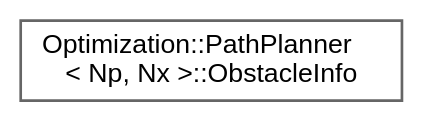
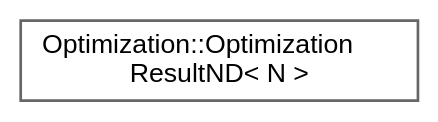
The diagram in inherit_graph_49.dot (jswoo0615/Algorithms_for_Optimization_cpp), drawn with Graphviz before and after one commit. The commit also changed 134 other files, not shown here.

```diff
--- a/inherit_graph_49.dot
+++ b/inherit_graph_49.dot
@@ -1,9 +1,9 @@
 digraph "Graphical Class Hierarchy"
 {
  // LATEX_PDF_SIZE
   bgcolor="transparent";
   edge [fontname=Helvetica,fontsize=10,labelfontname=Helvetica,labelfontsize=10];
   node [fontname=Helvetica,fontsize=10,shape=box,height=0.2,width=0.4];
   rankdir="LR";
-  Node0 [id="Node000000",label="Optimization::PathPlanner\l\< Np, Nx \>::ObstacleInfo",height=0.2,width=0.4,color="grey40", fillcolor="white", style="filled",URL="$structOptimization_1_1PathPlanner_1_1ObstacleInfo.html",tooltip="장애물의 정보를 담는 구조체"];
+  Node0 [id="Node000000",label="Optimization::Optimization\lResultND\< N \>",height=0.2,width=0.4,color="grey40", fillcolor="white", style="filled",URL="$structOptimization_1_1OptimizationResultND.html",tooltip="N차원 최적화 결과를 담는 구조체"];
 }
```
